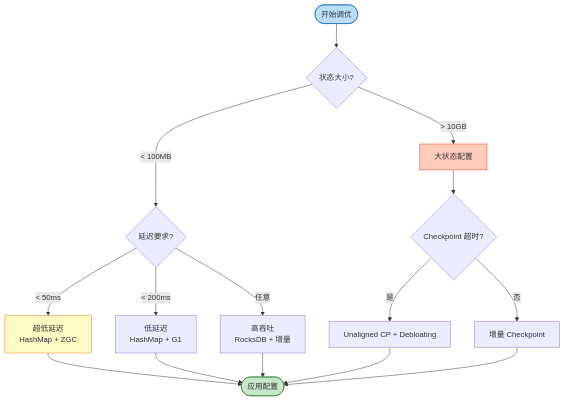
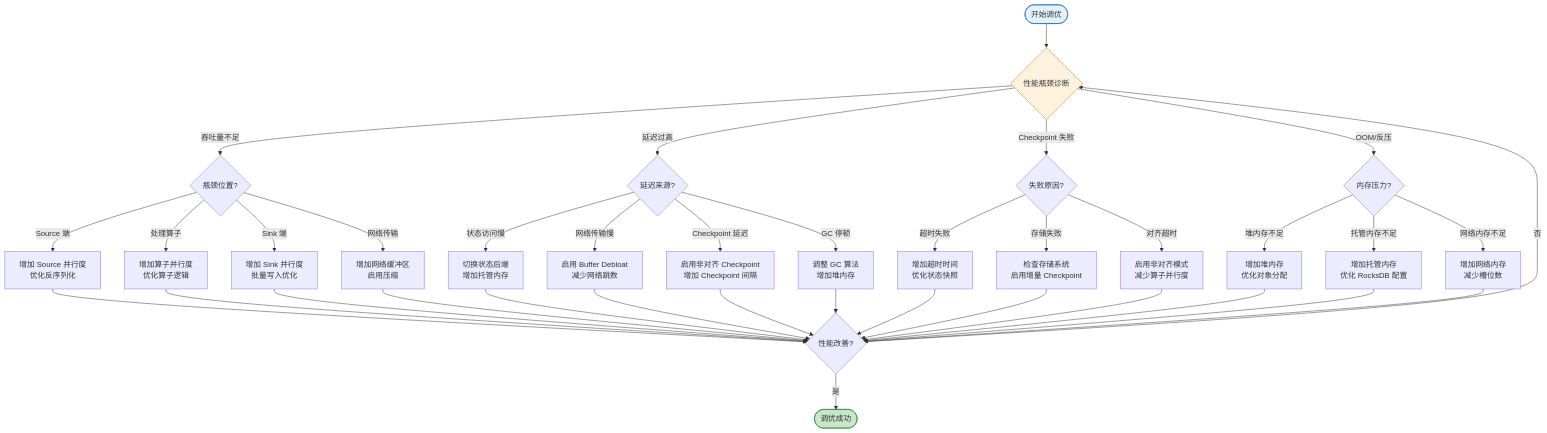
The first of 3 diagrams in Flink/06-engineering/performance-tuning-guide.md (AdaMartin18010/AnalysisDataFlow), drawn with Mermaid before and after one commit. The commit also changed other lines of this file and 10 other files, not shown here.

````diff
--- a/Flink/06-engineering/performance-tuning-guide.md
+++ b/Flink/06-engineering/performance-tuning-guide.md
@@ -368,26 +325,49 @@
 ```mermaid
 flowchart TD
-    START([开始调优]) --> Q1{状态大小?}
+    Start([开始调优]) --> Diagnose{性能瓶颈诊断}
 
-    Q1 -->|&lt; 100MB| Q2{延迟要求?}
-    Q1 -->|&gt; 10GB| A1[大状态配置]
+    Diagnose -->|吞吐量不足| ThroughputCheck{瓶颈位置?}
+    Diagnose -->|延迟过高| LatencyCheck{延迟来源?}
+    Diagnose -->|Checkpoint 失败| CPCheck{失败原因?}
+    Diagnose -->|OOM/反压| MemoryCheck{内存压力?}
 
-    Q2 -->|&lt; 50ms| A2[超低延迟<br/>HashMap + ZGC]
-    Q2 -->|&lt; 200ms| A3[低延迟<br/>HashMap + G1]
-    Q2 -->|任意| A4[高吞吐<br/>RocksDB + 增量]
+    ThroughputCheck -->|Source 端| SourceOpt[增加 Source 并行度<br/>优化反序列化]
+    ThroughputCheck -->|处理算子| ProcessOpt[增加算子并行度<br/>优化算子逻辑]
+    ThroughputCheck -->|Sink 端| SinkOpt[增加 Sink 并行度<br/>批量写入优化]
+    ThroughputCheck -->|网络传输| NetworkOpt[增加网络缓冲区<br/>启用压缩]
 
-    A1 --> Q3{Checkpoint 超时?}
-    Q3 -->|是| A5[Unaligned CP + Debloating]
-    Q3 -->|否| A6[增量 Checkpoint]
+    LatencyCheck -->|状态访问慢| StateOpt[切换状态后端<br/>增加托管内存]
+    LatencyCheck -->|网络传输慢| NetLatencyOpt[启用 Buffer Debloat<br/>减少网络跳数]
+    LatencyCheck -->|Checkpoint 延迟| CPLatencyOpt[启用非对齐 Checkpoint<br/>增加 Checkpoint 间隔]
+    LatencyCheck -->|GC 停顿| GCOpt[调整 GC 算法<br/>增加堆内存]
 
-    A2 --> END([应用配置])
-    A3 --> END
-    A4 --> END
-    A5 --> END
-    A6 --> END
+    CPCheck -->|超时失败| CPTimeout[增加超时时间<br/>优化状态快照]
+    CPCheck -->|存储失败| CPStorage[检查存储系统<br/>启用增量 Checkpoint]
+    CPCheck -->|对齐超时| CPAlign[启用非对齐模式<br/>减少算子并行度]
 
-    style START fill:#bbdefb,stroke:#1565c0
-    style END fill:#c8e6c9,stroke:#2e7d32
-    style A2 fill:#fff9c4,stroke:#f57f17
-    style A1 fill:#ffccbc,stroke:#d84315
+    MemoryCheck -->|堆内存不足| HeapOpt[增加堆内存<br/>优化对象分配]
+    MemoryCheck -->|托管内存不足| ManagedOpt[增加托管内存<br/>优化 RocksDB 配置]
+    MemoryCheck -->|网络内存不足| NetMemOpt[增加网络内存<br/>减少槽位数]
+
+    SourceOpt --> Verify{性能改善?}
+    ProcessOpt --> Verify
+    SinkOpt --> Verify
+    NetworkOpt --> Verify
+    StateOpt --> Verify
+    NetLatencyOpt --> Verify
+    CPLatencyOpt --> Verify
+    GCOpt --> Verify
+    CPTimeout --> Verify
+    CPStorage --> Verify
+    CPAlign --> Verify
+    HeapOpt --> Verify
+    ManagedOpt --> Verify
+    NetMemOpt --> Verify
+
+    Verify -->|是| Success([调优成功])
+    Verify -->|否| Diagnose
+
+    style Start fill:#e3f2fd,stroke:#1565c0
+    style Success fill:#c8e6c9,stroke:#2e7d32
+    style Diagnose fill:#fff3e0,stroke:#ef6c00
 ```
````
